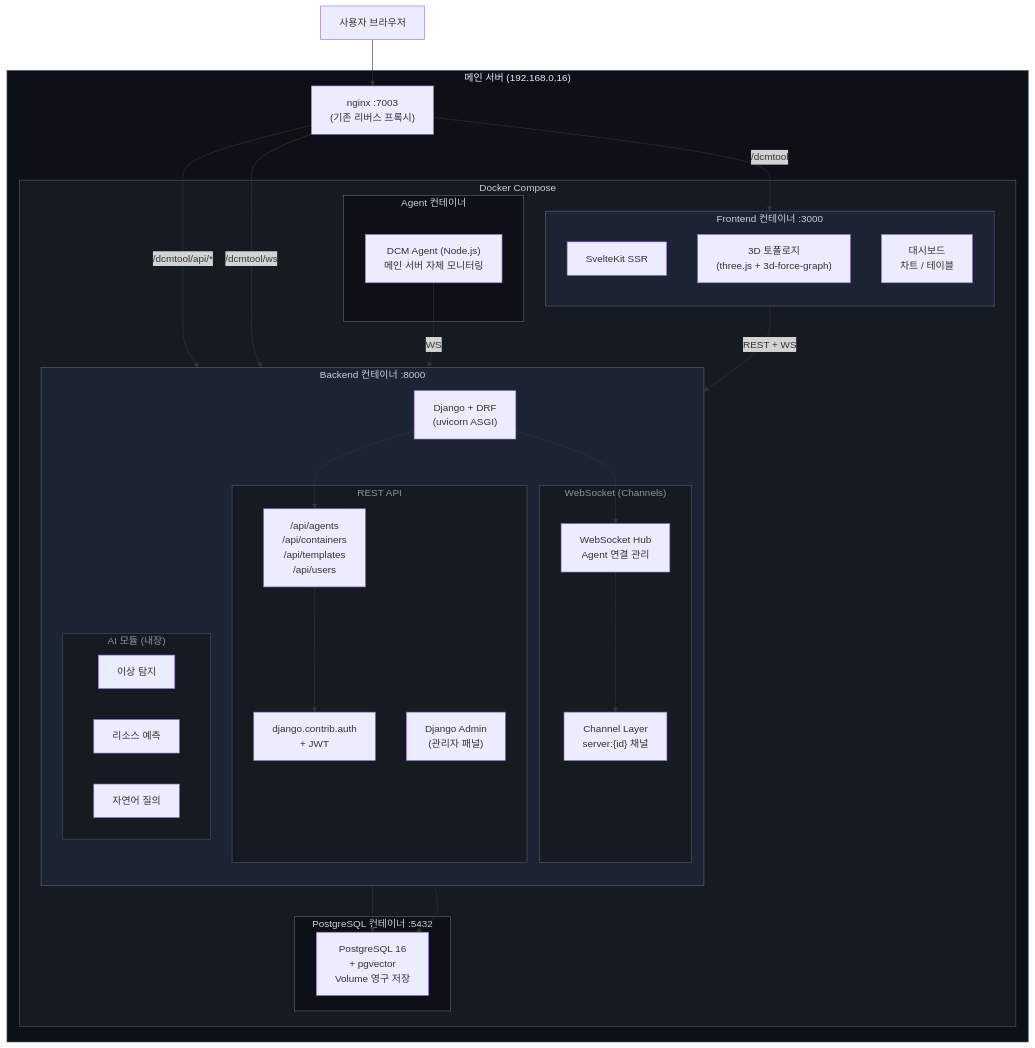
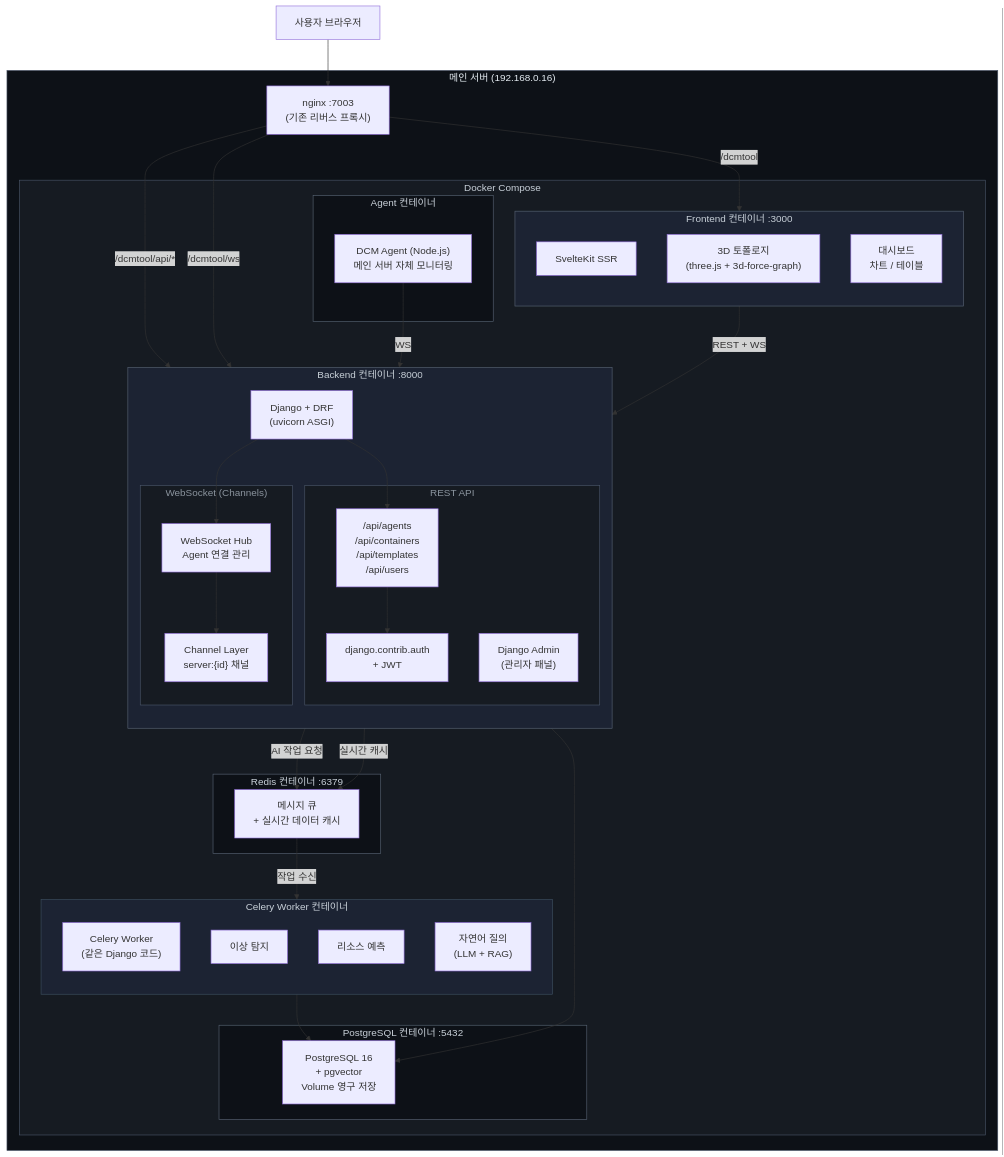
The third of 11 diagrams in docs/to-be-architecture.md (qkr7287/HyperCube), drawn with Mermaid before and after one commit. The commit also changed other lines of this file, not shown here.

First line of the commit message:
docs: add Redis + Celery Worker to architecture

````diff
--- a/docs/to-be-architecture.md
+++ b/docs/to-be-architecture.md
@@ -181,70 +193,80 @@
 ```mermaid
 graph TB
     subgraph MainServer["메인 서버 (192.168.0.16)"]
         Nginx["nginx :7003<br/>(기존 리버스 프록시)"]
 
         subgraph Docker["Docker Compose"]
             subgraph FE["Frontend 컨테이너 :3000"]
                 direction TB
                 SSR["SvelteKit SSR"]
                 ThreeJS["3D 토폴로지<br/>(three.js + 3d-force-graph)"]
                 Charts["대시보드<br/>차트 / 테이블"]
             end
 
             subgraph BE["Backend 컨테이너 :8000"]
                 direction TB
                 DjangoServer["Django + DRF<br/>(uvicorn ASGI)"]
 
                 subgraph API["REST API"]
                     Routes["/api/agents<br/>/api/containers<br/>/api/templates<br/>/api/users"]
                     DjangoAuth["django.contrib.auth<br/>+ JWT"]
                     AdminPanel["Django Admin<br/>(관리자 패널)"]
                 end
 
                 subgraph WS["WebSocket (Channels)"]
                     Hub["WebSocket Hub<br/>Agent 연결 관리"]
                     ChLayer["Channel Layer<br/>server:{id} 채널"]
                 end
 
-                subgraph AIModule["AI 모듈 (내장)"]
-                    Anomaly["이상 탐지"]
-                    Predict["리소스 예측"]
-                    NLQ["자연어 질의"]
-                end
-
                 DjangoServer --> Routes
                 DjangoServer --> Hub
                 Routes --> DjangoAuth
                 Hub --> ChLayer
+            end
+
+            subgraph CeleryC["Celery Worker 컨테이너"]
+                direction TB
+                CeleryW["Celery Worker<br/>(같은 Django 코드)"]
+                Anomaly["이상 탐지"]
+                Predict["리소스 예측"]
+                NLQ["자연어 질의<br/>(LLM + RAG)"]
+            end
+
+            subgraph RedisC["Redis 컨테이너 :6379"]
+                RedisS["메시지 큐<br/>+ 실시간 데이터 캐시"]
             end
 
             subgraph PgContainer["PostgreSQL 컨테이너 :5432"]
                 PgDB2["PostgreSQL 16<br/>+ pgvector<br/>Volume 영구 저장"]
             end
 
             subgraph AgentLocal["Agent 컨테이너"]
                 AgentProcess["DCM Agent (Node.js)<br/>메인 서버 자체 모니터링"]
             end
         end
 
         Nginx -->|"/dcmtool"| SSR
         Nginx -->|"/dcmtool/api/*"| DjangoServer
         Nginx -->|"/dcmtool/ws"| Hub
     end
 
     Browser["사용자 브라우저"] --> Nginx
     SSR -->|"REST + WS"| DjangoServer
     DjangoServer --> PgDB2
-    AIModule --> PgDB2
+    DjangoServer -->|AI 작업 요청| RedisS
+    Hub -->|실시간 캐시| RedisS
+    RedisS -->|작업 수신| CeleryW
+    CeleryW --> PgDB2
     AgentProcess -->|WS| Hub
 
     style MainServer fill:#0d1117,stroke:#4a5568,color:#e6edf3
     style Docker fill:#161b22,stroke:#4a5568,color:#c9d1d9
     style FE fill:#1c2333,stroke:#586474,color:#c9d1d9
     style BE fill:#1c2333,stroke:#586474,color:#c9d1d9
     style API fill:#161b22,stroke:#4a5568,color:#8b949e
     style WS fill:#161b22,stroke:#4a5568,color:#8b949e
-    style AIModule fill:#161b22,stroke:#3d4f5f,color:#8b949e
+    style CeleryC fill:#1c2333,stroke:#3d4f5f,color:#c9d1d9
+    style RedisC fill:#0d1117,stroke:#586474,color:#c9d1d9
     style AgentLocal fill:#0d1117,stroke:#586474,color:#c9d1d9
     style PgContainer fill:#0d1117,stroke:#586474,color:#c9d1d9
 ```
````
